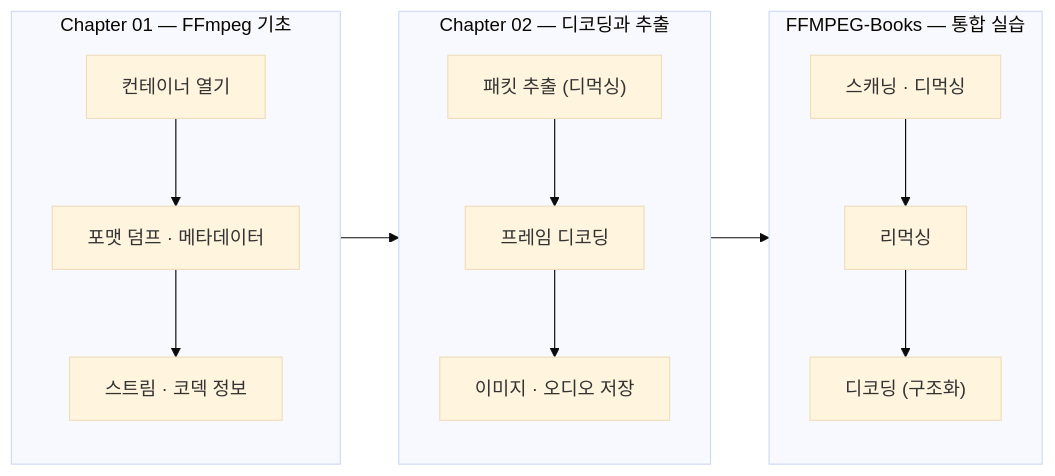
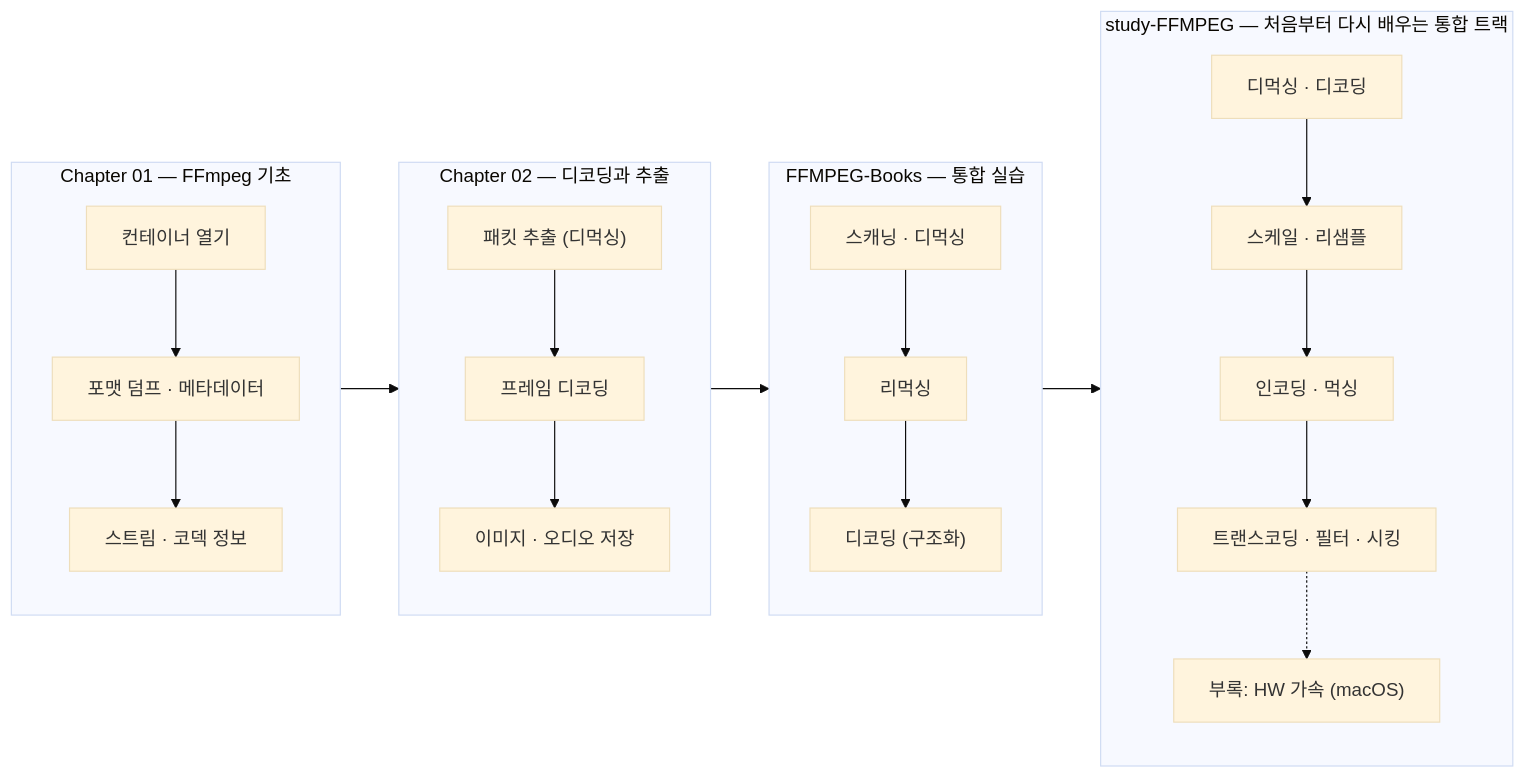
Before and after one commit to duckhee/udemy-ffmpeg-study: the diagram in docs/README.md, drawn with Mermaid (base theme). The commit also changed other lines of this file and 36 other files, not shown here.

First line of the commit message:
docs: add study-FFMPEG lesson docs (36 files) and register track in index

````diff
--- a/docs/README.md
+++ b/docs/README.md
@@ -9,16 +9,21 @@
 ```mermaid
 flowchart LR
     subgraph CH1["Chapter 01 — FFmpeg 기초"]
         direction TB
         A1["컨테이너 열기"] --> A2["포맷 덤프 · 메타데이터"] --> A3["스트림 · 코덱 정보"]
     end
     subgraph CH2["Chapter 02 — 디코딩과 추출"]
         direction TB
         B1["패킷 추출 (디먹싱)"] --> B2["프레임 디코딩"] --> B3["이미지 · 오디오 저장"]
     end
     subgraph BOOKS["FFMPEG-Books — 통합 실습"]
         direction TB
         C1["스캐닝 · 디먹싱"] --> C2["리먹싱"] --> C3["디코딩 (구조화)"]
     end
-    CH1 --> CH2 --> BOOKS
+    subgraph STUDY["study-FFMPEG — 처음부터 다시 배우는 통합 트랙"]
+        direction TB
+        D1["디먹싱 · 디코딩"] --> D2["스케일 · 리샘플"] --> D3["인코딩 · 먹싱"] --> D4["트랜스코딩 · 필터 · 시킹"]
+        D4 -.-> D5["부록: HW 가속 (macOS)"]
+    end
+    CH1 --> CH2 --> BOOKS --> STUDY
 ```
````
